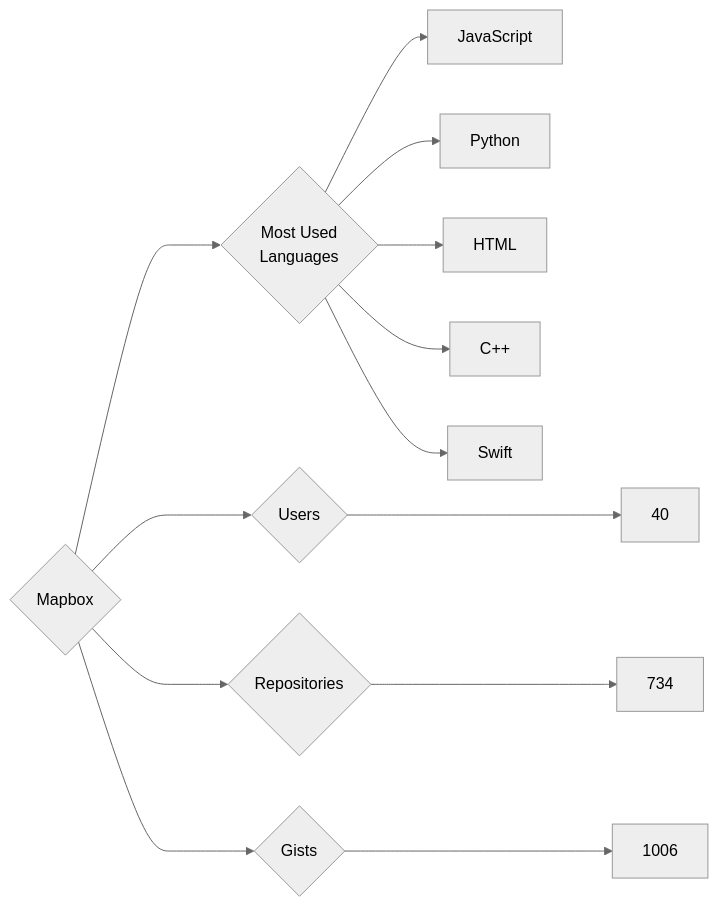
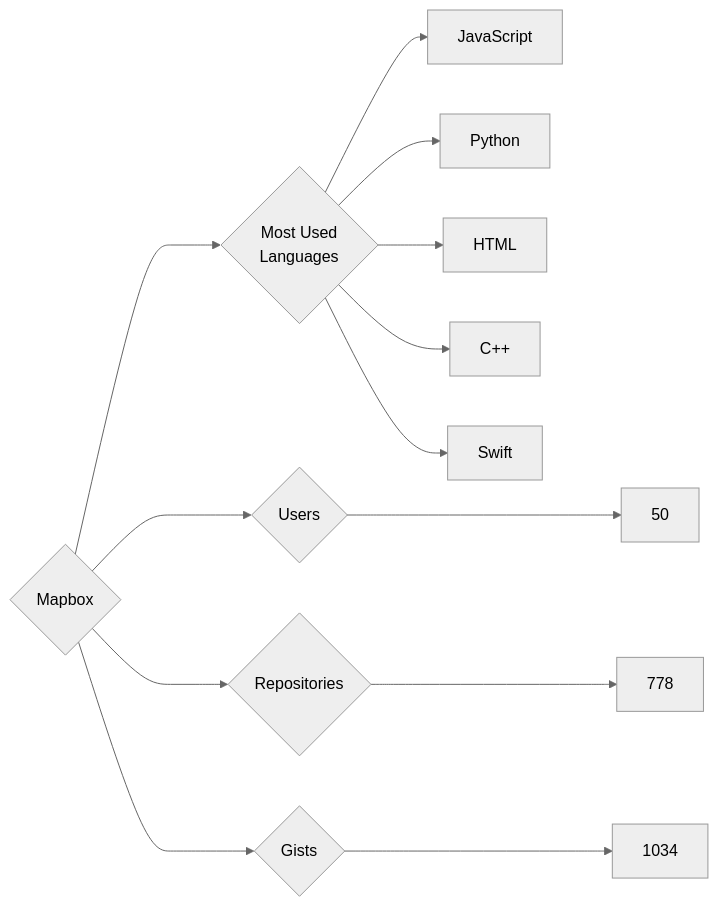
One commit to trickest/insiders changed the diagram in targets/Mapbox/README.md. Above: the diagram before and after it, drawn with Mermaid (neutral theme). The commit also changed 1696 other files, not shown here.

````diff
--- a/targets/Mapbox/README.md
+++ b/targets/Mapbox/README.md
@@ -3,13 +3,13 @@
 ```mermaid
 graph LR
 COMPANY_NAME{Mapbox}
-COMPANY_NAME ---> U{Users} ---> UN[40]
-COMPANY_NAME ---> R{Repositories} ---> RN[734]
-COMPANY_NAME ---> G{Gists} ---> GN[1006]
+COMPANY_NAME ---> U{Users} ---> UN[50]
+COMPANY_NAME ---> R{Repositories} ---> RN[778]
+COMPANY_NAME ---> G{Gists} ---> GN[1034]
 COMPANY_NAME ---> ML{Most Used<br>Languages}
 ML --> JavaScript[JavaScript]
 ML --> Python[Python]
 ML --> HTML[HTML]
 ML --> C++[C++]
 ML --> Swift[Swift]
 ```
````
